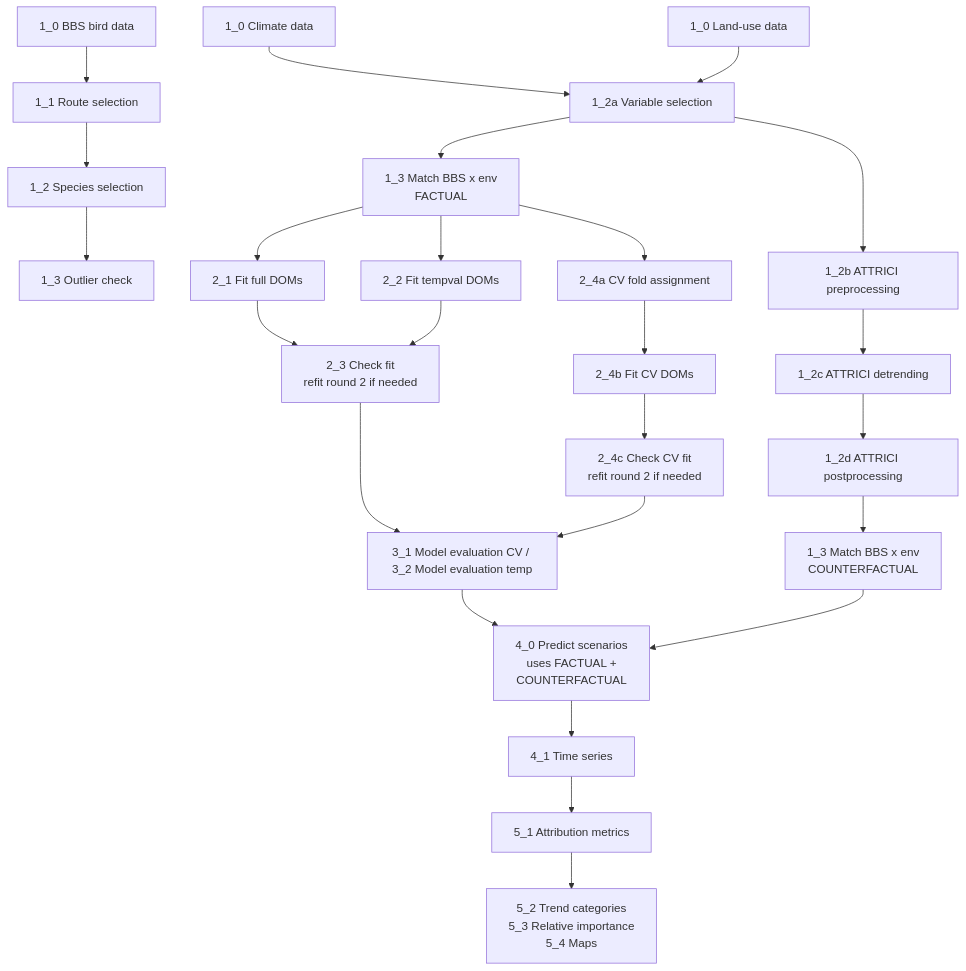
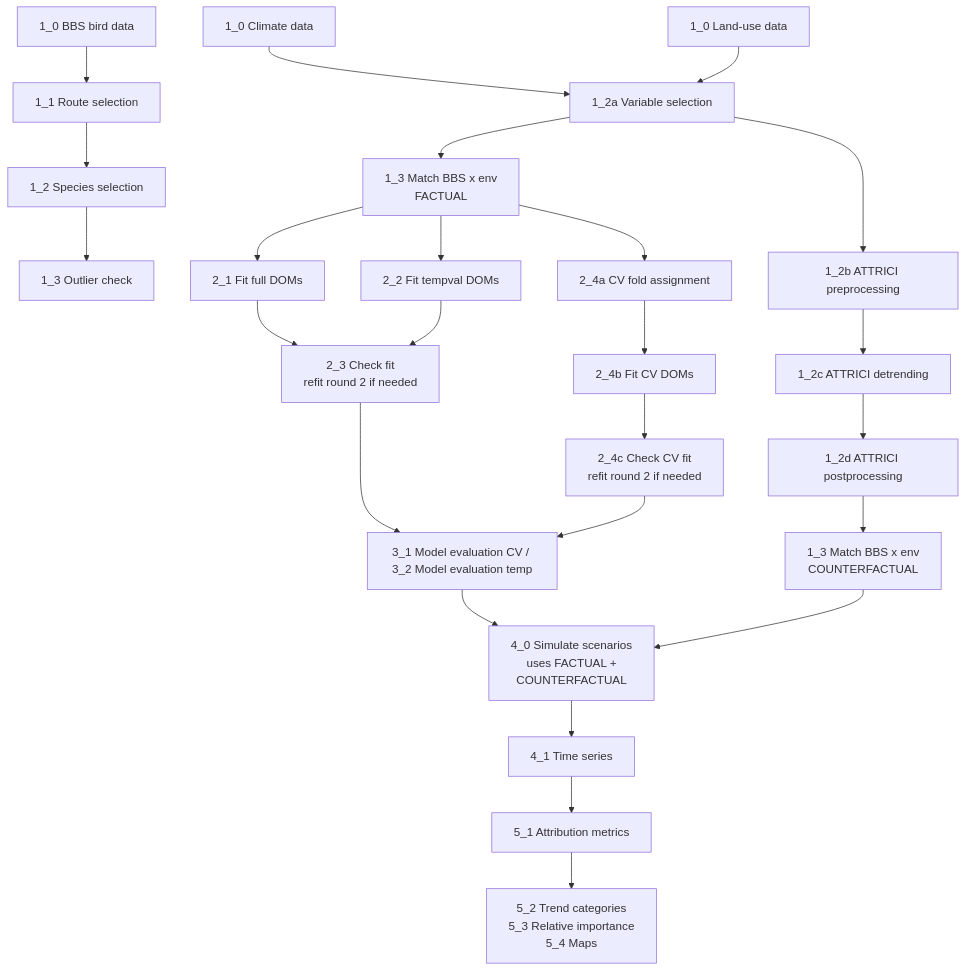
The diagram in README.md (UP-macroecology/Schifferle_BBS_occupancy_models_attribution_2026), drawn with Mermaid before and after one commit. The commit also changed other lines of this file, not shown here.

````diff
--- a/README.md
+++ b/README.md
@@ -35,27 +43,27 @@
 ```mermaid
 flowchart TD
     A[1_0 BBS bird data] --> B[1_1 Route selection]
     B --> C[1_2 Species selection]
     C --> D[1_3 Outlier check]
     E[1_0 Climate data] --> F[1_2a Variable selection]
     G[1_0 Land-use data] --> F
     F --> H[1_3 Match BBS x env<br/>FACTUAL]
     F --> I[1_2b ATTRICI preprocessing]
     I --> J[1_2c ATTRICI detrending]
     J --> K[1_2d ATTRICI postprocessing]
     K --> L[1_3 Match BBS x env<br/>COUNTERFACTUAL]
     H --> M[2_1 Fit full DOMs]
     H --> N[2_2 Fit tempval DOMs]
     H --> O[2_4a CV fold assignment]
     O --> P[2_4b Fit CV DOMs]
     M --> Q[2_3 Check fit<br/>refit round 2 if needed]
     N --> Q
     P --> R[2_4c Check CV fit<br/>refit round 2 if needed]
     Q --> S[3_1 Model evaluation CV / 3_2 Model evaluation temp]
     R --> S
-    S --> T[4_0 Predict scenarios<br/>uses FACTUAL +<br/>COUNTERFACTUAL]
+    S --> T[4_0 Simulate scenarios<br/>uses FACTUAL +<br/>COUNTERFACTUAL]
     L --> T
     T --> U[4_1 Time series]
     U --> V[5_1 Attribution metrics]
     V --> W[5_2 Trend categories<br/>5_3 Relative importance<br/>5_4 Maps]
 ```
````
